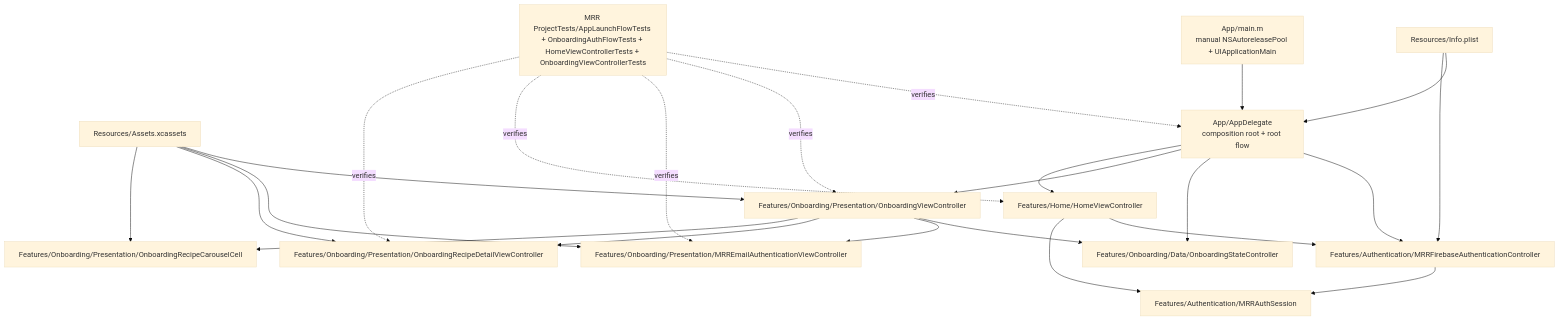
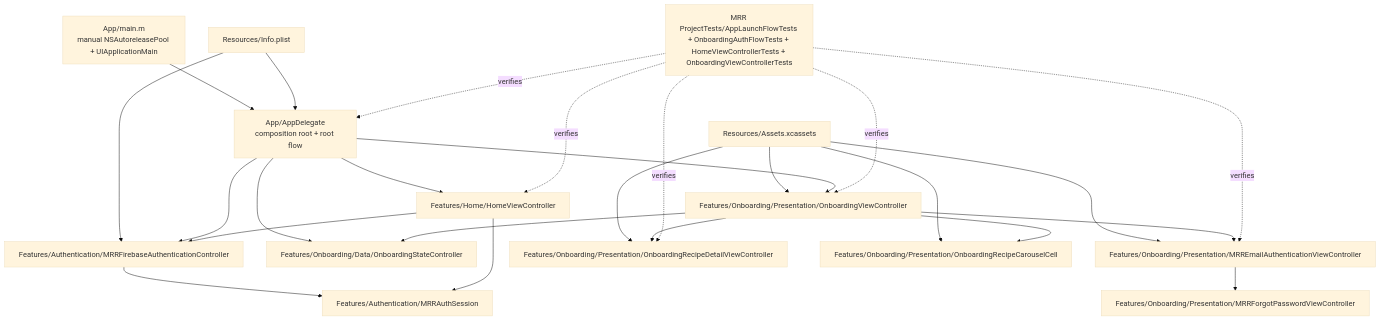
The first of 6 diagrams in ARCHITECTURE.md (bengidev/ios_mrr_learning_project), drawn with Mermaid (base theme) before and after one commit. The commit also changed other lines of this file and 2 other files, not shown here.

````diff
--- a/ARCHITECTURE.md
+++ b/ARCHITECTURE.md
@@ -28,40 +29,42 @@
 ```mermaid
 flowchart TB
   main["App/main.m<br/>manual NSAutoreleasePool + UIApplicationMain"]
   plist["Resources/Info.plist"]
   assets["Resources/Assets.xcassets"]
   app["App/AppDelegate<br/>composition root + root flow"]
   auth["Features/Authentication/MRRFirebaseAuthenticationController"]
   session["Features/Authentication/MRRAuthSession"]
   onboardingState["Features/Onboarding/Data/OnboardingStateController"]
   onboardingVC["Features/Onboarding/Presentation/OnboardingViewController"]
   emailAuthVC["Features/Onboarding/Presentation/MRREmailAuthenticationViewController"]
+  forgotPasswordVC["Features/Onboarding/Presentation/MRRForgotPasswordViewController"]
   onboardingDetailVC["Features/Onboarding/Presentation/OnboardingRecipeDetailViewController"]
   carouselCell["Features/Onboarding/Presentation/OnboardingRecipeCarouselCell"]
   homeVC["Features/Home/HomeViewController"]
   tests["MRR ProjectTests/AppLaunchFlowTests + OnboardingAuthFlowTests + HomeViewControllerTests + OnboardingViewControllerTests"]
 
   main --> app
   plist --> app
   plist --> auth
   assets --> onboardingVC
   assets --> emailAuthVC
   assets --> onboardingDetailVC
   assets --> carouselCell
   app --> auth
   auth --> session
   app --> onboardingState
   app --> onboardingVC
   app --> homeVC
   onboardingVC --> onboardingState
   onboardingVC --> emailAuthVC
+  emailAuthVC --> forgotPasswordVC
   onboardingVC --> onboardingDetailVC
   onboardingVC --> carouselCell
   homeVC --> auth
   homeVC --> session
   tests -.verifies.-> app
   tests -.verifies.-> onboardingVC
   tests -.verifies.-> emailAuthVC
   tests -.verifies.-> homeVC
   tests -.verifies.-> onboardingDetailVC
 ```
````
